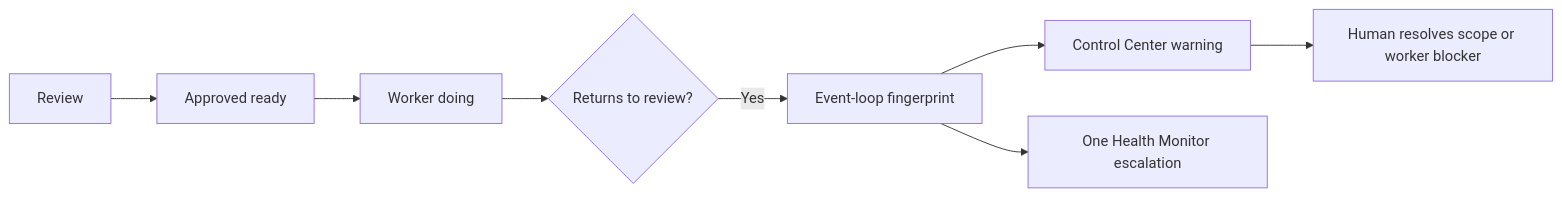
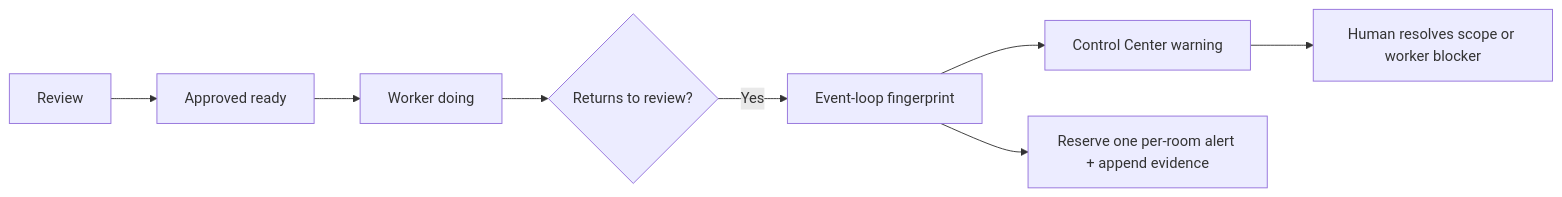
One commit to paramonjong-afk/WisdomAI changed the second of 20 diagrams in docs/FLOW_REGISTRY_UPDATE_PROTOCOL.md. Above: the diagram before and after it, drawn with Mermaid. The commit also changed other lines of this file and 8 other files, not shown here.

````diff
--- a/docs/FLOW_REGISTRY_UPDATE_PROTOCOL.md
+++ b/docs/FLOW_REGISTRY_UPDATE_PROTOCOL.md
@@ -28,10 +28,10 @@
 ```mermaid
 flowchart LR
   A[Review] --> B[Approved ready]
   B --> C[Worker doing]
   C --> D{Returns to review?}
   D -->|Yes| E[Event-loop fingerprint]
   E --> F[Control Center warning]
-  E --> G[One Health Monitor escalation]
+  E --> G[Reserve one per-room alert + append evidence]
   F --> H[Human resolves scope or worker blocker]
 ```
````
